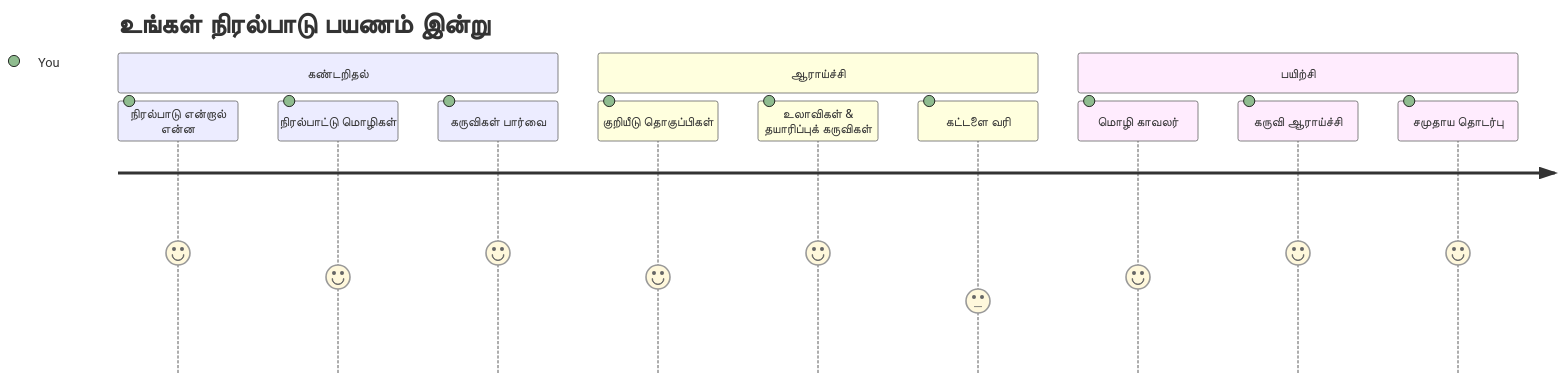
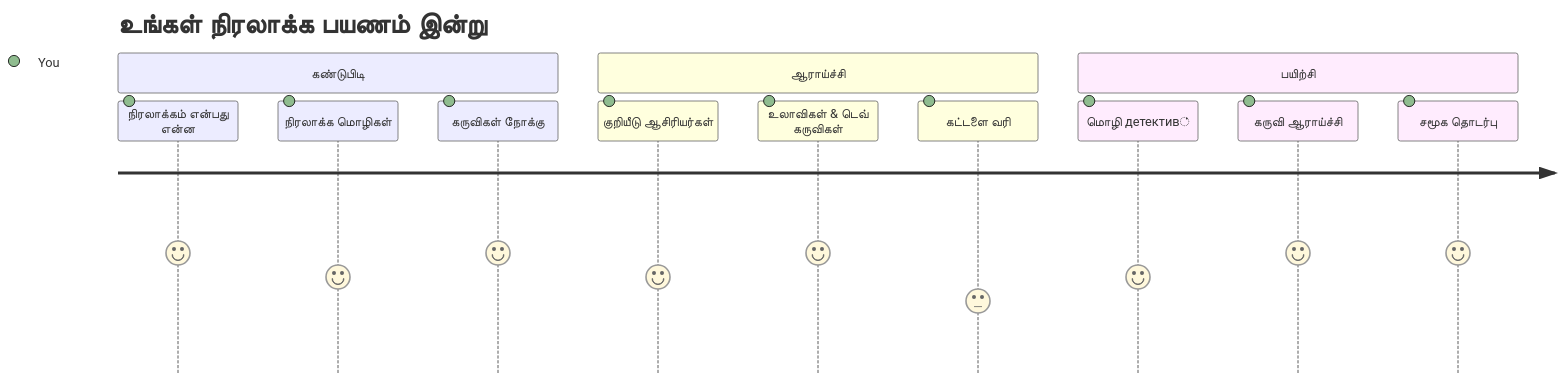
The first of 7 diagrams in translations/ta/1-getting-started-lessons/1-intro-to-programming-languages/README.md (microsoft/Web-Dev-For-Beginners), drawn with Mermaid before and after one commit. The commit also changed other lines of this file and 11 other files, not shown here.

````diff
--- a/translations/ta/1-getting-started-lessons/1-intro-to-programming-languages/README.md
+++ b/translations/ta/1-getting-started-lessons/1-intro-to-programming-languages/README.md
@@ -14,16 +14,16 @@
 ```mermaid
 journey
-    title உங்கள் நிரல்பாடு பயணம் இன்று
-    section கண்டறிதல்
-      நிரல்பாடு என்றால் என்ன: 5: You
-      நிரல்பாட்டு மொழிகள்: 4: You
-      கருவிகள் பார்வை: 5: You
+    title உங்கள் நிரலாக்க பயணம் இன்று
+    section கண்டுபிடி
+      நிரலாக்கம் என்பது என்ன: 5: You
+      நிரலாக்க மொழிகள்: 4: You
+      கருவிகள் நோக்கு: 5: You
     section ஆராய்ச்சி
-      குறியீடு தொகுப்பிகள்: 4: You
-      உலாவிகள் & தயாரிப்புக் கருவிகள்: 5: You
+      குறியீடு ஆசிரியர்கள்: 4: You
+      உலாவிகள் & டெவ் கருவிகள்: 5: You
       கட்டளை வரி: 3: You
     section பயிற்சி
-      மொழி காவலர்: 4: You
+      மொழி детектив்: 4: You
       கருவி ஆராய்ச்சி: 5: You
-      சமுதாய தொடர்பு: 5: You
+      சமூக தொடர்பு: 5: You
 ```
````
